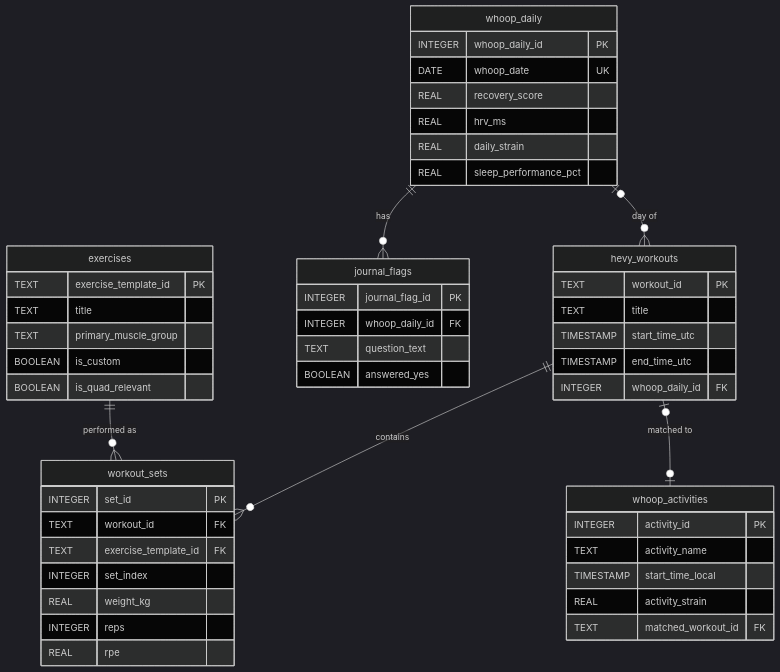
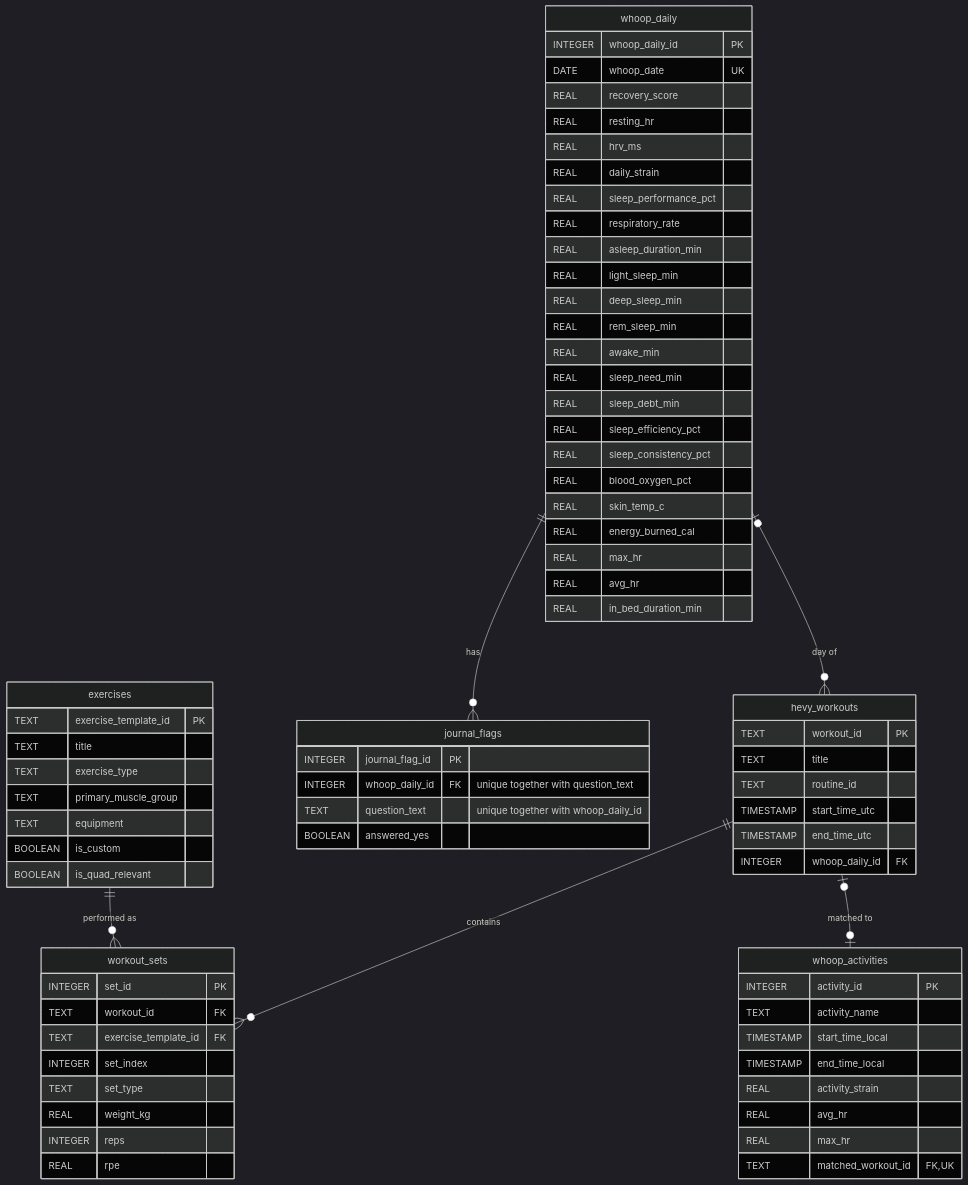
One commit to mkatsama/DataFitnessProject changed the diagram in README.md. Above: the diagram before and after it, drawn with Mermaid (dark theme). The commit also changed other lines of this file, not shown here.

Commit message:
including all attributes in the diagram

````diff
--- a/README.md
+++ b/README.md
@@ -28,53 +28,77 @@
 ```mermaid
 erDiagram
     whoop_daily |o--o{ hevy_workouts : "day of"
     whoop_daily ||--o{ journal_flags : has
     hevy_workouts ||--o{ workout_sets : contains
     exercises ||--o{ workout_sets : "performed as"
     hevy_workouts |o--o| whoop_activities : "matched to"
 
     whoop_daily {
         INTEGER whoop_daily_id PK
         DATE whoop_date UK
         REAL recovery_score
+        REAL resting_hr
         REAL hrv_ms
         REAL daily_strain
         REAL sleep_performance_pct
+        REAL respiratory_rate
+        REAL asleep_duration_min
+        REAL light_sleep_min
+        REAL deep_sleep_min
+        REAL rem_sleep_min
+        REAL awake_min
+        REAL sleep_need_min
+        REAL sleep_debt_min
+        REAL sleep_efficiency_pct
+        REAL sleep_consistency_pct
+        REAL blood_oxygen_pct
+        REAL skin_temp_c
+        REAL energy_burned_cal
+        REAL max_hr
+        REAL avg_hr
+        REAL in_bed_duration_min
     }
     hevy_workouts {
         TEXT workout_id PK
         TEXT title
+        TEXT routine_id
         TIMESTAMP start_time_utc
         TIMESTAMP end_time_utc
         INTEGER whoop_daily_id FK
     }
     workout_sets {
         INTEGER set_id PK
         TEXT workout_id FK
         TEXT exercise_template_id FK
         INTEGER set_index
+        TEXT set_type
         REAL weight_kg
         INTEGER reps
         REAL rpe
     }
     exercises {
         TEXT exercise_template_id PK
         TEXT title
+        TEXT exercise_type
         TEXT primary_muscle_group
+        TEXT equipment
         BOOLEAN is_custom
         BOOLEAN is_quad_relevant
     }
     whoop_activities {
         INTEGER activity_id PK
         TEXT activity_name
         TIMESTAMP start_time_local
+        TIMESTAMP end_time_local
         REAL activity_strain
-        TEXT matched_workout_id FK
+        REAL avg_hr
+        REAL max_hr
+        TEXT matched_workout_id FK, UK
     }
     journal_flags {
         INTEGER journal_flag_id PK
-        INTEGER whoop_daily_id FK
-        TEXT question_text
+        INTEGER whoop_daily_id FK "unique together with question_text"
+        TEXT question_text "unique together with whoop_daily_id"
         BOOLEAN answered_yes
     }
 ```
````
